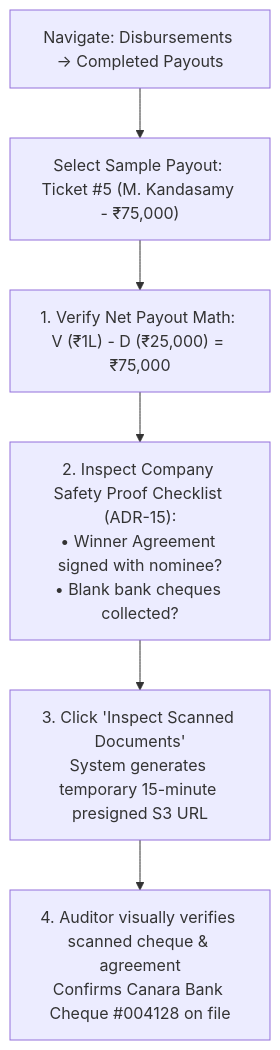
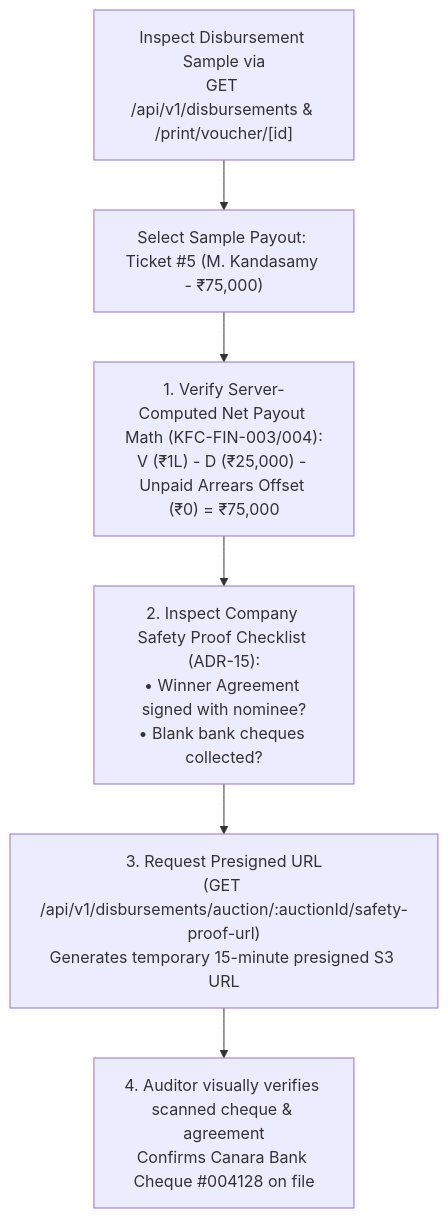
Before and after one commit to Kathir-24/Kumaran-finance: the fifth of 8 diagrams in docs/07-operations/user-manuals/auditor-portal-manual.md, drawn with Mermaid. The commit also changed other lines of this file and 4 other files, not shown here.

````diff
--- a/docs/07-operations/user-manuals/auditor-portal-manual.md
+++ b/docs/07-operations/user-manuals/auditor-portal-manual.md
@@ -123,8 +126,8 @@
 ```mermaid
 flowchart TD
-    OpenDisb["Navigate: Disbursements -> Completed Payouts"] --> Sample["Select Sample Payout: Ticket #5 (M. Kandasamy - ₹75,000)"]
-    Sample --> ReviewVoucher["1. Verify Net Payout Math: V (₹1L) - D (₹25,000) = ₹75,000"]
+    OpenDisb["Inspect Disbursement Sample via\nGET /api/v1/disbursements & /print/voucher/[id]"] --> Sample["Select Sample Payout: Ticket #5 (M. Kandasamy - ₹75,000)"]
+    Sample --> ReviewVoucher["1. Verify Server-Computed Net Payout Math (KFC-FIN-003/004):\nV (₹1L) - D (₹25,000) - Unpaid Arrears Offset (₹0) = ₹75,000"]
     ReviewVoucher --> InspectSafety["2. Inspect Company Safety Proof Checklist (ADR-15):\n• Winner Agreement signed with nominee?\n• Blank bank cheques collected?"]
-    InspectSafety --> ViewS3["3. Click 'Inspect Scanned Documents'\nSystem generates temporary 15-minute presigned S3 URL"]
+    InspectSafety --> ViewS3["3. Request Presigned URL\n(GET /api/v1/disbursements/auction/:auctionId/safety-proof-url)\nGenerates temporary 15-minute presigned S3 URL"]
     ViewS3 --> VerifyScans["4. Auditor visually verifies scanned cheque & agreement\nConfirms Canara Bank Cheque #004128 on file"]
 ```
````
